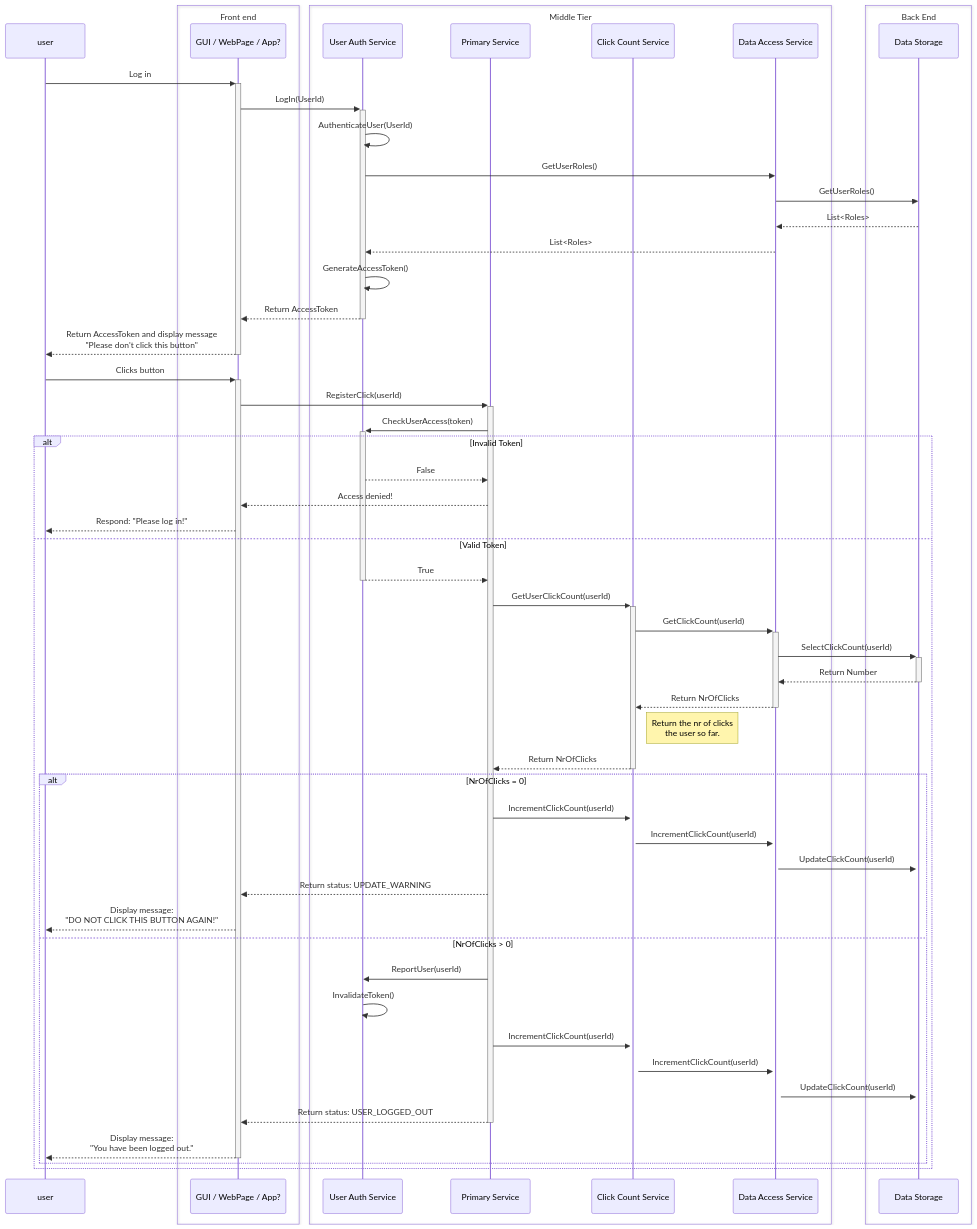
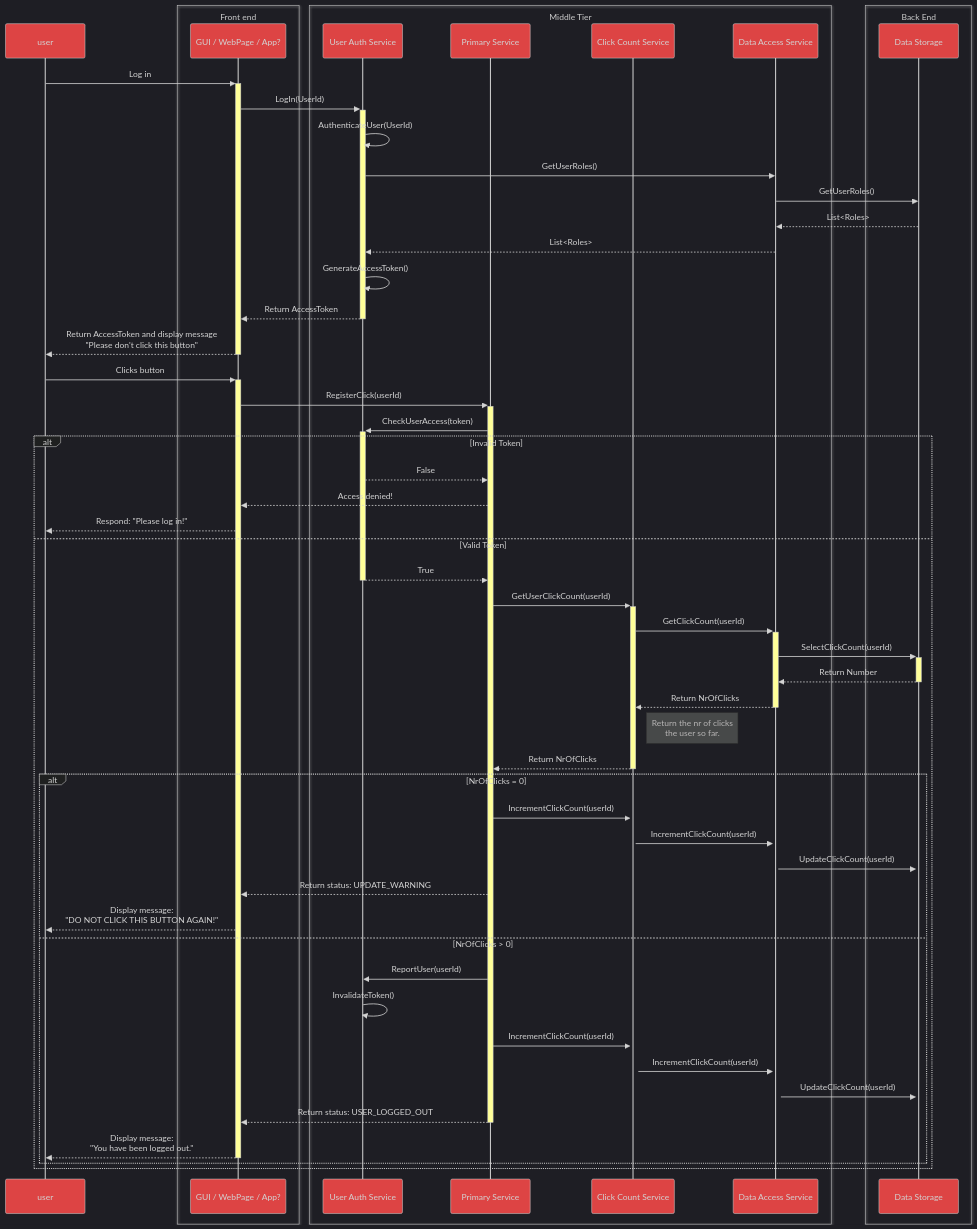
One commit to Kjartanl/mermaid changed the diagram in diagrams/07-sequence.md. Above: the diagram before and after it, drawn with Mermaid.

Commit message:
Sequence Step 5

````diff
--- a/diagrams/07-sequence.md
+++ b/diagrams/07-sequence.md
@@ -5,5 +5,19 @@
 ```mermaid
 sequenceDiagram
+
+%%{
+  init: {
+    'theme': 'dark',
+    'themeVariables': {
+      'primaryTextColor': '#ffffff',
+      'actorBkg': '#dd4444',
+      'activationBkgColor': '#ffff99'
+    }
+  }
+}%%
+
+###########################
+### Define the participants 
 
 participant U as user
    
````
